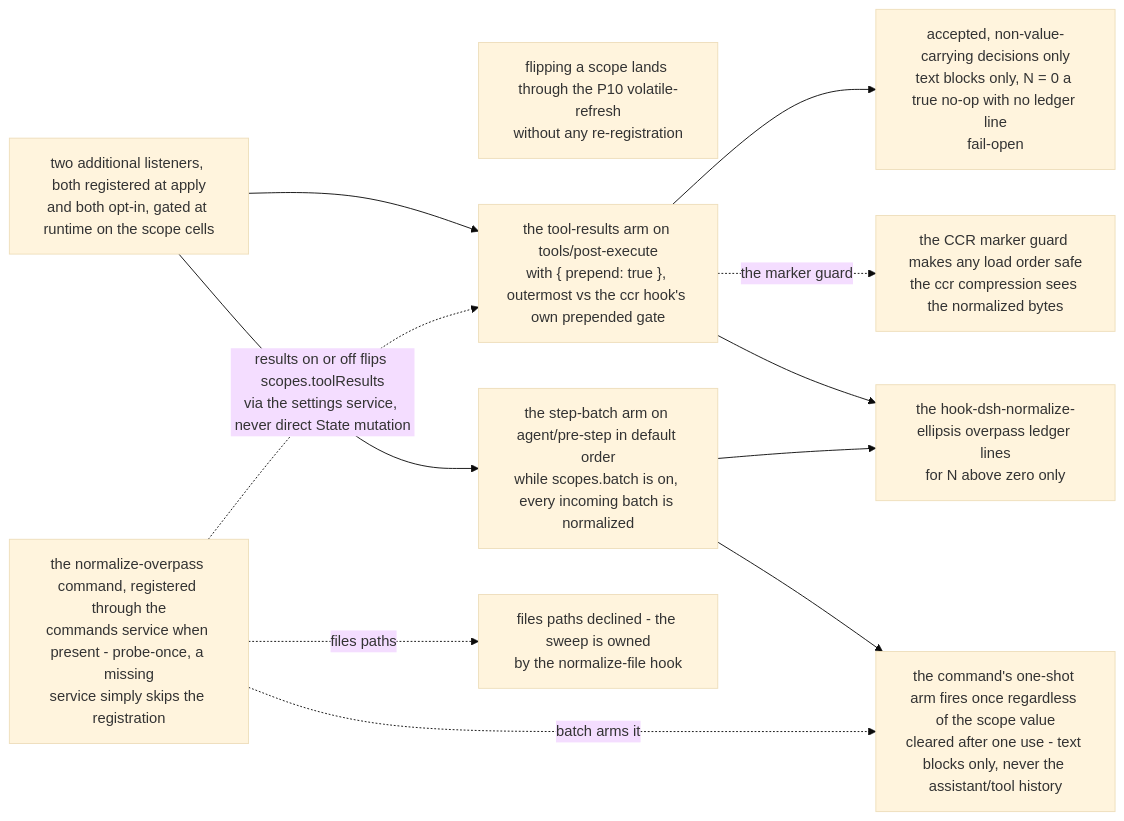
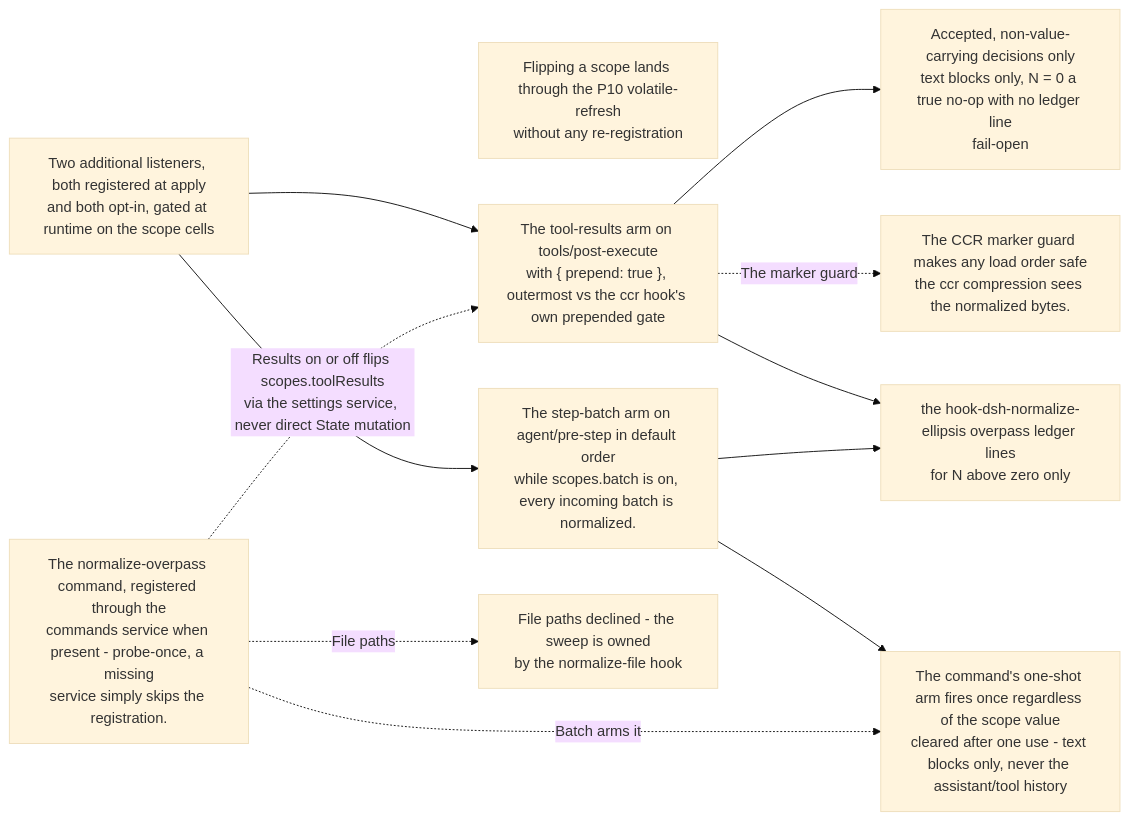
Before and after one commit to PlayForm/Site-DeepSeek: the diagram in Source/Content/Mermaid/ellipsis-overpass.mmd, drawn with Mermaid (base theme). The commit also changed 221 other files, not shown here.

```diff
--- a/Source/Content/Mermaid/ellipsis-overpass.mmd
+++ b/Source/Content/Mermaid/ellipsis-overpass.mmd
@@ -1,24 +1,24 @@
 flowchart LR
-	APPLY["two additional listeners, both registered at apply<br/>and both opt-in, gated at runtime on the scope cells"]
-	FLIP["flipping a scope lands through the P10 volatile-refresh<br/>without any re-registration"]
-	TRES["the tool-results arm on tools/post-execute<br/>with { prepend: true }, outermost vs the ccr hook's own prepended gate"]
-	CCRGUARD["the CCR marker guard makes any load order safe<br/>the ccr compression sees the normalized bytes"]
-	RULES["accepted, non-value-carrying decisions only<br/>text blocks only, N = 0 a true no-op with no ledger line<br/>fail-open"]
-	BATCH["the step-batch arm on agent/pre-step in default order<br/>while scopes.batch is on, every incoming batch is normalized"]
-	ONESHOT["the command's one-shot arm fires once regardless of the scope value<br/>cleared after one use - text blocks only, never the assistant/tool history"]
+	APPLY["Two additional listeners, both registered at apply<br/>and both opt-in, gated at runtime on the scope cells"]
+	FLIP["Flipping a scope lands through the P10 volatile-refresh<br/>without any re-registration"]
+	TRES["The tool-results arm on tools/post-execute<br/>with { prepend: true }, outermost vs the ccr hook's own prepended gate"]
+	CCRGUARD["The CCR marker guard makes any load order safe<br/>the ccr compression sees the normalized bytes."]
+	RULES["Accepted, non-value-carrying decisions only<br/>text blocks only, N = 0 a true no-op with no ledger line<br/>fail-open"]
+	BATCH["The step-batch arm on agent/pre-step in default order<br/>while scopes.batch is on, every incoming batch is normalized."]
+	ONESHOT["The command's one-shot arm fires once regardless of the scope value<br/>cleared after one use - text blocks only, never the assistant/tool history"]
 	LEDGER["the hook-dsh-normalize-ellipsis overpass ledger lines<br/>for N above zero only"]
-	CMD["the normalize-overpass command, registered through the<br/>commands service when present - probe-once, a missing<br/>service simply skips the registration"]
-	DECLINE["files paths declined - the sweep is owned<br/>by the normalize-file hook"]
+	CMD["The normalize-overpass command, registered through the<br/>commands service when present - probe-once, a missing<br/>service simply skips the registration."]
+	DECLINE["File paths declined - the sweep is owned<br/>by the normalize-file hook"]
 	APPLY --> TRES
 	APPLY --> BATCH
 	APPLY ~~~ FLIP
 	TRES --> RULES
-	TRES -. "the marker guard" .-> CCRGUARD
+	TRES -. "The marker guard" .-> CCRGUARD
 	TRES --> LEDGER
 	BATCH --> ONESHOT
 	BATCH --> LEDGER
-	CMD -. "batch arms it" .-> ONESHOT
-	CMD -. "results on or off flips scopes.toolResults<br/>via the settings service, never direct State mutation" .-> TRES
-	CMD -. "files paths" .-> DECLINE
+	CMD -. "Batch arms it" .-> ONESHOT
+	CMD -. "Results on or off flips scopes.toolResults<br/>via the settings service, never direct State mutation" .-> TRES
+	CMD -. "File paths" .-> DECLINE
 
 %% Invisible layout links only - no semantics.
```
